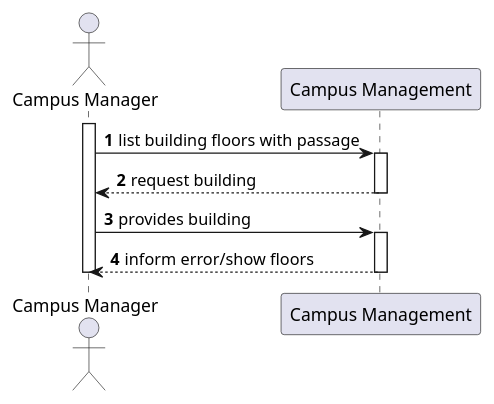
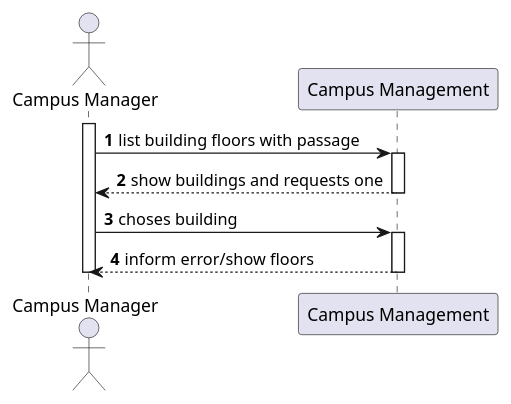
The diagram in docs/us1200/level2/process-view.puml (Departamento-de-Engenharia-Informatica/lapr5-23-24-g19), drawn with PlantUML before and after one commit. The commit also changed 3 other files, not shown here.

```diff
--- a/docs/us1200/level2/process-view.puml
+++ b/docs/us1200/level2/process-view.puml
@@ -1,20 +1,20 @@
 @startuml
 autonumber
 
 actor "Campus Manager" as usr
 
 participant "Campus Management" as mng
 
 activate usr
     usr -> mng : list building floors with passage
     activate mng
-        mng --> usr : request building
+        mng --> usr : show buildings and requests one
     deactivate mng
 
-    usr -> mng : provides building
+    usr -> mng : choses building
     activate mng
         mng --> usr : inform error/show floors
     deactivate mng
 deactivate usr
 
 @enduml
```
